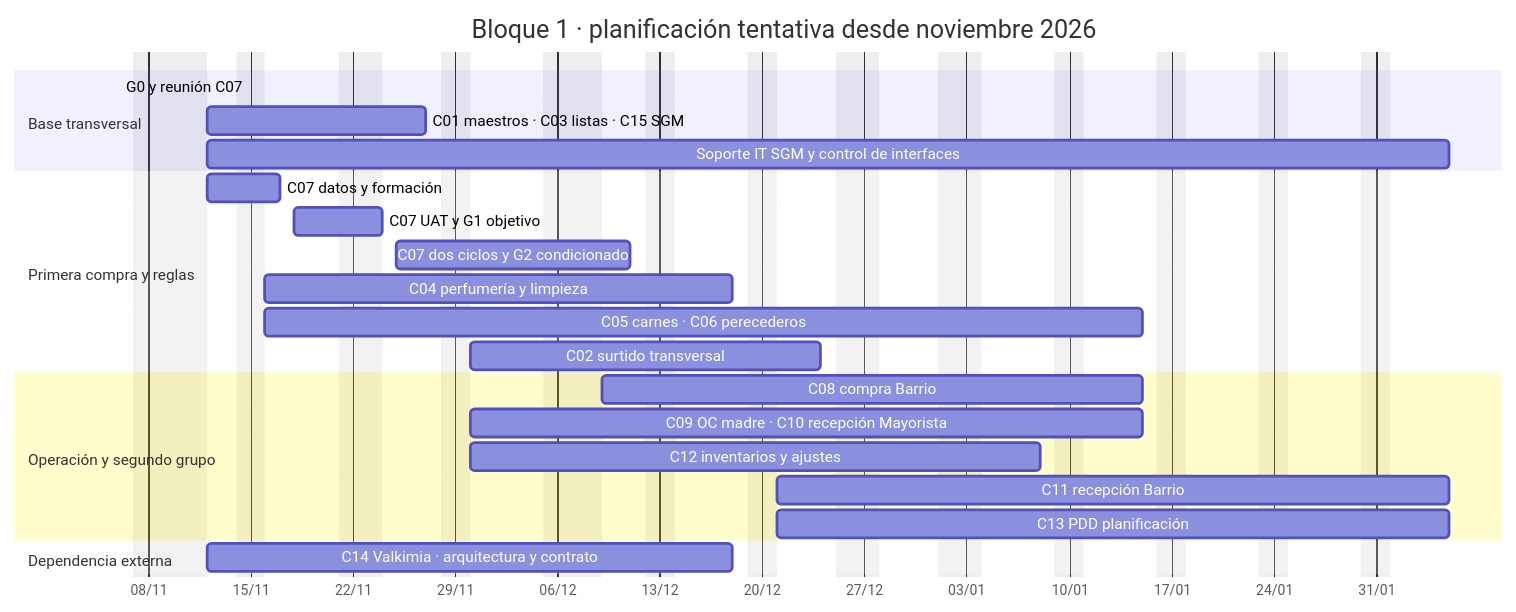
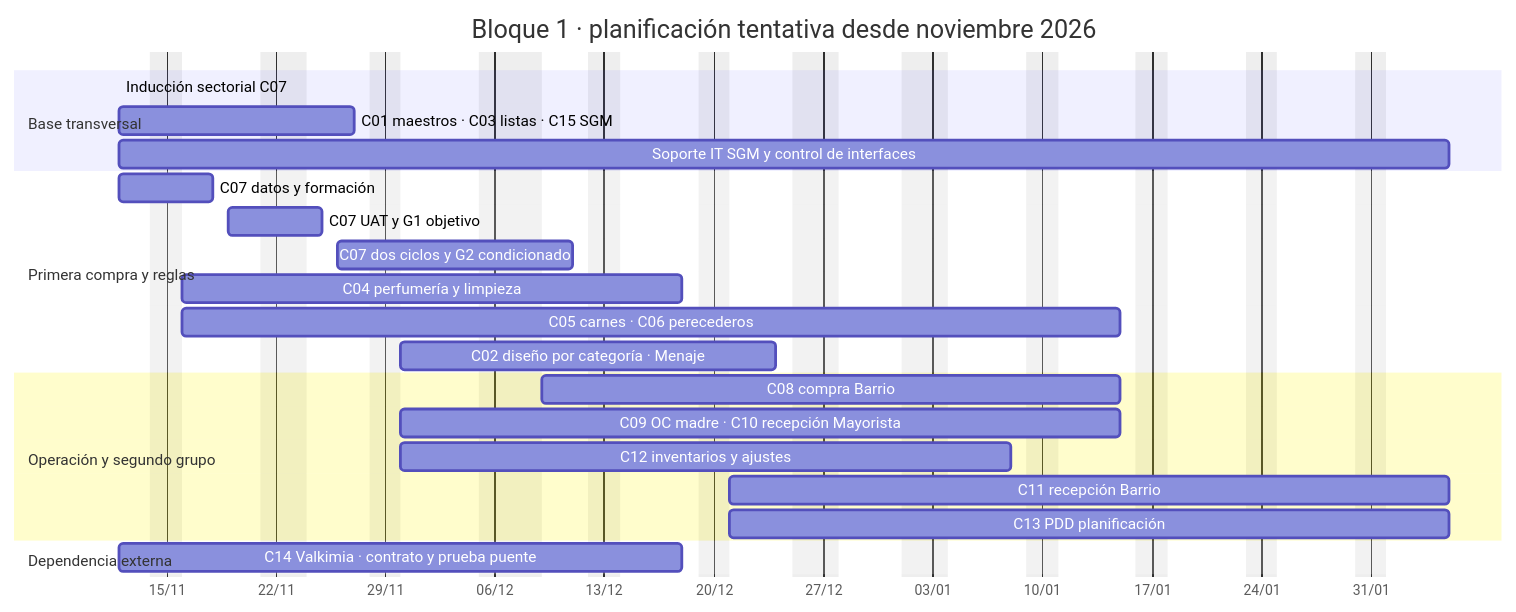
The diagram in documentacion/09_gantt_integrado_tentativo_bloque1.md (EWECORP/CNX_BLOQUE1), drawn with Mermaid before and after one commit. The commit also changed other lines of this file and 8590 other files, not shown here.

````diff
--- a/documentacion/09_gantt_integrado_tentativo_bloque1.md
+++ b/documentacion/09_gantt_integrado_tentativo_bloque1.md
@@ -31,26 +35,26 @@
 ```mermaid
 gantt
     title Bloque 1 · planificación tentativa desde noviembre 2026
     dateFormat YYYY-MM-DD
     axisFormat %d/%m
     excludes weekends, 2026-11-09, 2026-11-10, 2026-11-11, 2026-11-23, 2026-12-07, 2026-12-08, 2026-12-25, 2027-01-01
     section Base transversal
-    G0 y reunión C07                       :2026-11-06, 2026-11-06
+    Inducción sectorial C07                :2026-11-12, 2026-11-12
     C01 maestros · C03 listas · C15 SGM   :2026-11-12, 2026-11-27
     Soporte IT SGM y control de interfaces :2026-11-12, 2027-02-05
     section Primera compra y reglas
-    C07 datos y formación                  :2026-11-12, 2026-11-17
-    C07 UAT y G1 objetivo                  :2026-11-18, 2026-11-24
-    C07 dos ciclos y G2 condicionado       :2026-11-25, 2026-12-11
+    C07 datos y formación                  :2026-11-12, 2026-11-18
+    C07 UAT y G1 objetivo                  :2026-11-19, 2026-11-25
+    C07 dos ciclos y G2 condicionado       :2026-11-26, 2026-12-11
     C04 perfumería y limpieza              :2026-11-16, 2026-12-18
     C05 carnes · C06 perecederos           :2026-11-16, 2027-01-15
-    C02 surtido transversal                :2026-11-30, 2026-12-24
+    C02 diseño por categoría · Menaje       :2026-11-30, 2026-12-24
     section Operación y segundo grupo
     C08 compra Barrio                      :2026-12-09, 2027-01-15
     C09 OC madre · C10 recepción Mayorista :2026-11-30, 2027-01-15
     C12 inventarios y ajustes              :2026-11-30, 2027-01-08
     C11 recepción Barrio                   :2026-12-21, 2027-02-05
     C13 PDD planificación                  :2026-12-21, 2027-02-05
     section Dependencia externa
-    C14 Valkimia · arquitectura y contrato :2026-11-12, 2026-12-18
+    C14 Valkimia · contrato y prueba puente :2026-11-12, 2026-12-18
 ```
````
